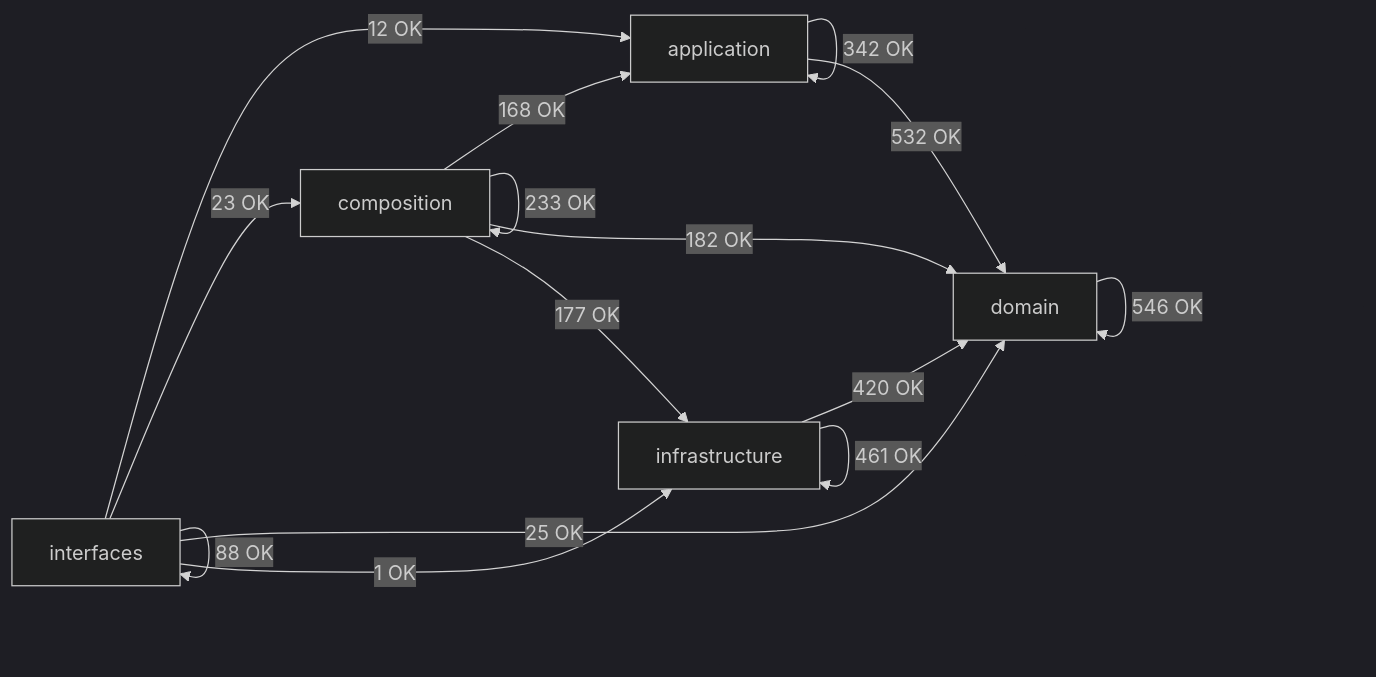
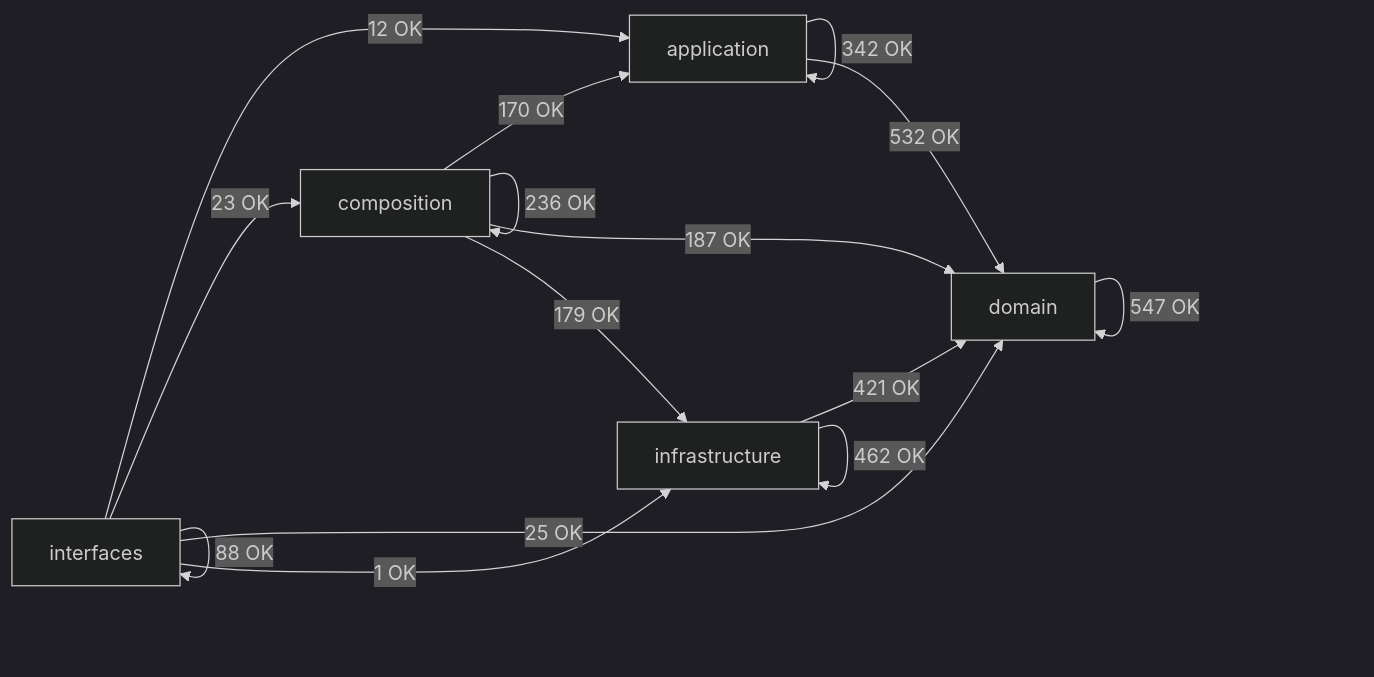
One commit to SatoryKono/BioactivityDataAcquisition changed the diagram in docs/02-architecture/generated/module-dependency-map.md. Above: the diagram before and after it, drawn with Mermaid (dark theme). The commit also changed other lines of this file and 96 other files, not shown here.

````diff
--- a/docs/02-architecture/generated/module-dependency-map.md
+++ b/docs/02-architecture/generated/module-dependency-map.md
@@ -15,22 +15,22 @@
 ```mermaid
 flowchart LR
     domain[domain]
     application[application]
     infrastructure[infrastructure]
     composition[composition]
     interfaces[interfaces]
     application -->|342 OK| application
     application -->|532 OK| domain
-    composition -->|168 OK| application
-    composition -->|233 OK| composition
-    composition -->|182 OK| domain
-    composition -->|177 OK| infrastructure
-    domain -->|546 OK| domain
-    infrastructure -->|420 OK| domain
-    infrastructure -->|461 OK| infrastructure
+    composition -->|170 OK| application
+    composition -->|236 OK| composition
+    composition -->|187 OK| domain
+    composition -->|179 OK| infrastructure
+    domain -->|547 OK| domain
+    infrastructure -->|421 OK| domain
+    infrastructure -->|462 OK| infrastructure
     interfaces -->|12 OK| application
     interfaces -->|23 OK| composition
     interfaces -->|25 OK| domain
     interfaces -->|1 OK| infrastructure
     interfaces -->|88 OK| interfaces
 ```
````
